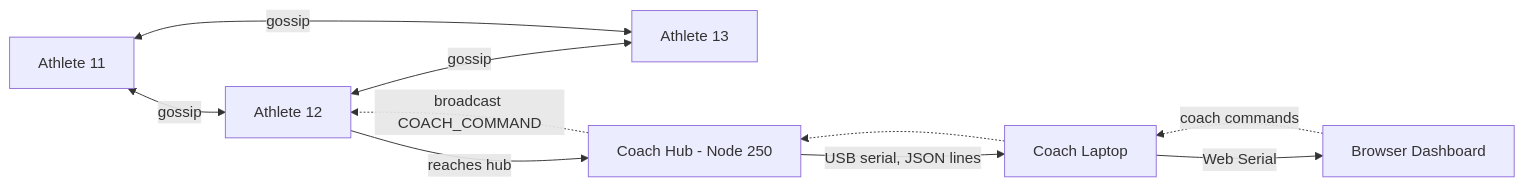
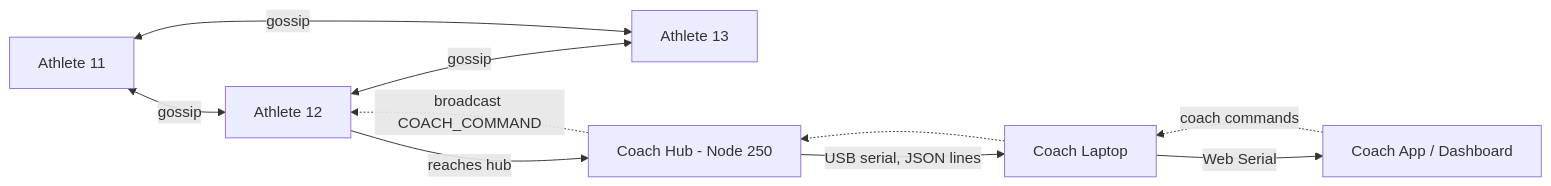
One commit to olam-source/speedx-Shh changed the first of 2 diagrams in ESP-NOW prop/docs/02-architecture.md. Above: the diagram before and after it, drawn with Mermaid. The commit also changed other lines of this file and 4 other files, not shown here.

First line of the commit message:
docs: add SpeedX Coach desktop app + athlete roster to the wiki

````diff
--- a/ESP-NOW prop/docs/02-architecture.md
+++ b/ESP-NOW prop/docs/02-architecture.md
@@ -23,12 +23,12 @@
 ```mermaid
 flowchart LR
     A11[Athlete 11] <-->|gossip| A12[Athlete 12]
     A12 <-->|gossip| A13[Athlete 13]
     A11 <-->|gossip| A13
     A12 -->|reaches hub| HUB[Coach Hub - Node 250]
     HUB -->|USB serial, JSON lines| LAP[Coach Laptop]
-    LAP -->|Web Serial| DASH[Browser Dashboard]
+    LAP -->|Web Serial| DASH[Coach App / Dashboard]
     DASH -.->|coach commands| LAP
     LAP -.-> HUB
     HUB -.->|broadcast COACH_COMMAND| A12
 ```
````
